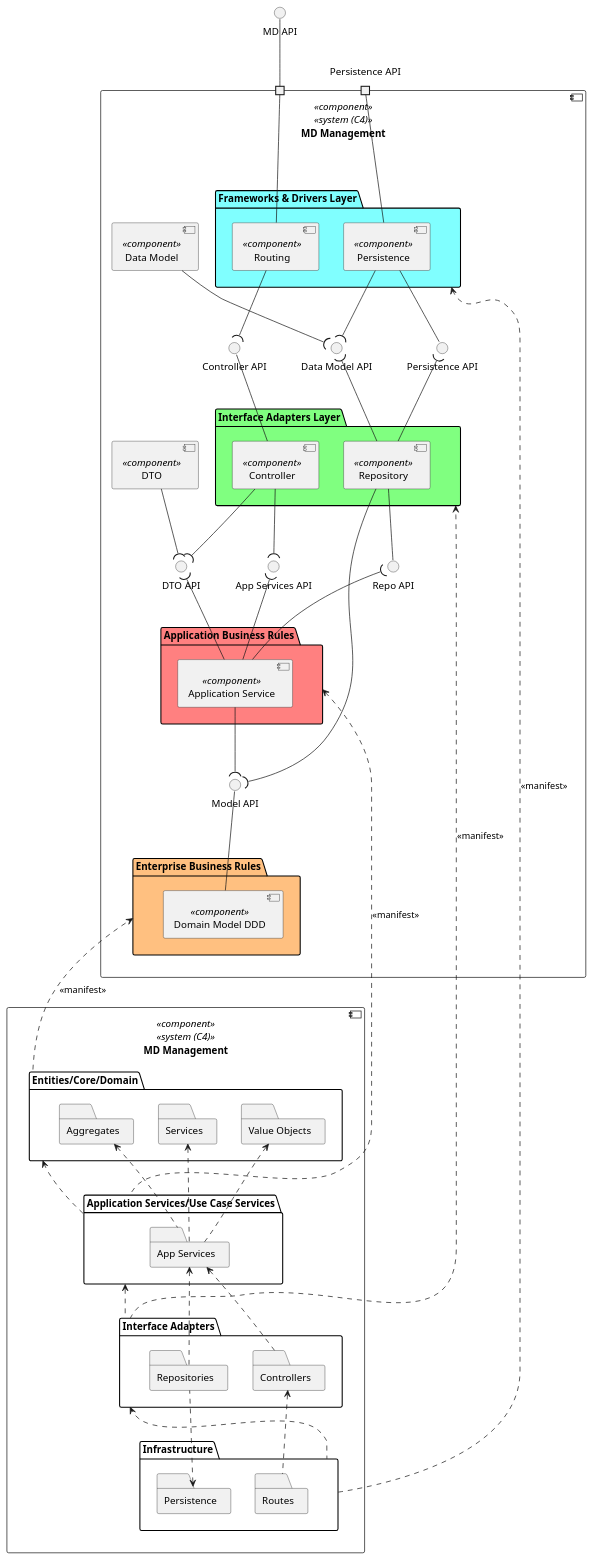
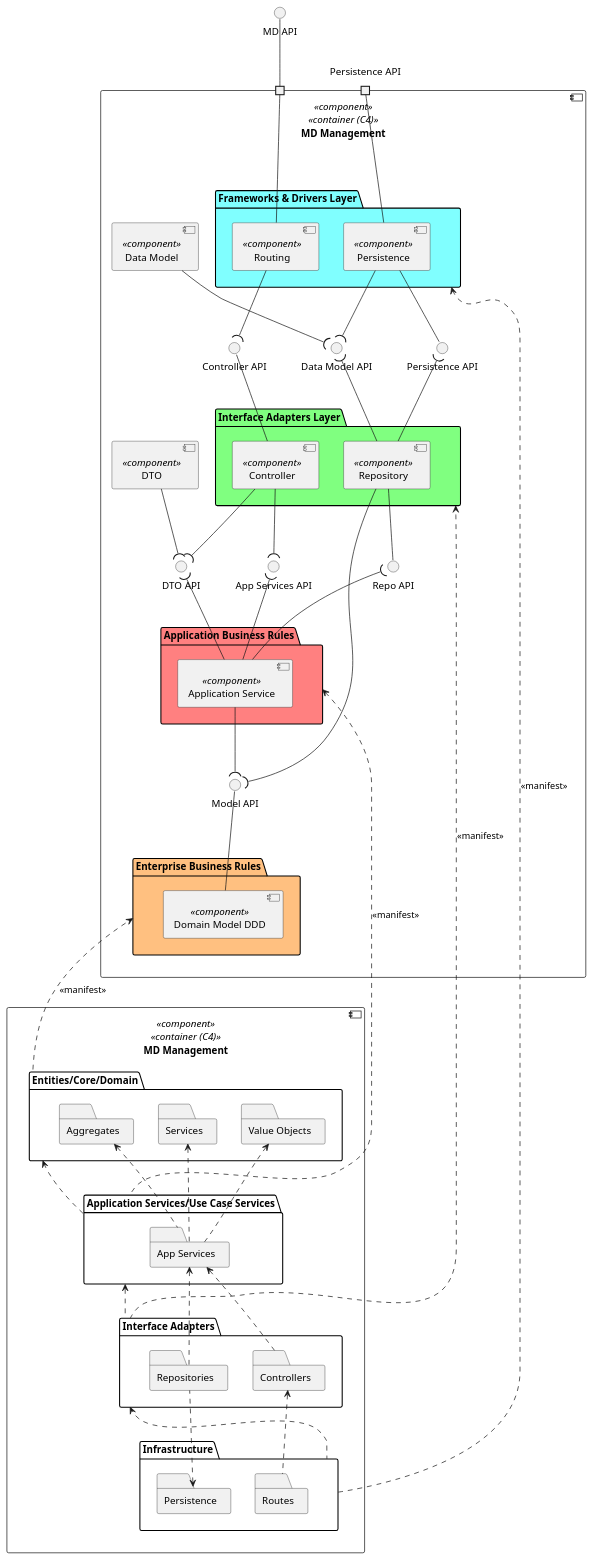
One commit to miseEnPlace-dev/lapr5 changed the diagram in _wiki/views/mapping/level-3/lv-iv.puml. Above: the diagram before and after it, drawn with PlantUML. The commit also changed 1 other file, not shown here.

```diff
--- a/_wiki/views/mapping/level-3/lv-iv.puml
+++ b/_wiki/views/mapping/level-3/lv-iv.puml
@@ -1,116 +1,116 @@
 @startuml lv-iv
 
 interface "MD API" as API
 
-component "MD Management" as MDM <<component>> <<system (C4)>> {
+component "MD Management" as MDM <<component>> <<container (C4)>> {
   portin " " as P1
   portin "Persistence API" as P2
 
   Interface "Controller API" as CTRL_API
   Interface "Data Model API" as DATA_API
 
 
   folder "Frameworks & Drivers Layer" as FDL #80FFFF {
     component "Routing" as ROUTE <<component>> {
     }
     component "Persistence" as PERSISTENCE <<component>> {
     }
   }
 
   component "Data Model" as DATA <<component>> {
   }
   component "DTO" as DTO <<component>> {
   }
 
   Interface "App Services API" AS SRV_API
   Interface "DTO API" AS DTO_API
   Interface "Repo API" AS REPO_API
   Interface "Model API" AS MODEL_API
   Interface "Persistence API" AS PERSISTENCE_API
 
   folder "Interface Adapters Layer" as IAL #80FF80 {
     component "Controller" as CTRL <<component>> {
     }
     component "Repository" as REPO <<component>> {
     }
   }
 
   folder "Application Business Rules" as ABR #FF8080 {
     component "Application Service" as SRV <<component>> {
     }
   }
 
   folder "Enterprise Business Rules" as EBR #FFC080 {
     component "Domain Model DDD" as MODEL <<component>> {
     }
   }
 }
 
 API -- P1
 
 ROUTE --- P1
 PERSISTENCE -- P2
 
 ROUTE --( CTRL_API
 CTRL -up- CTRL_API
 PERSISTENCE -- PERSISTENCE_API
 REPO -up-( PERSISTENCE_API 
 PERSISTENCE --( DATA_API 
 REPO -up-( DATA_API 
 DATA --( DATA_API 
 
 CTRL --( SRV_API
 SRV -up-( SRV_API
 SRV -up-( DTO_API
 CTRL --( DTO_API
 DTO --( DTO_API
 
 REPO -- REPO_API
 SRV -up-( REPO_API 
 
 SRV --( MODEL_API 
 REPO --( MODEL_API 
 MODEL -up- MODEL_API 
 
 ' ---------------------
 
-component "MD Management" as MDM2 <<component>> <<system (C4)>> {
+component "MD Management" as MDM2 <<component>> <<container (C4)>> {
   folder Infrastructure as I2 {
     folder Persistence as PERS2
     folder Routes as ROUTE2
   }
 
   folder "Interface Adapters" as IA2 {
     folder Controllers as CTRL2
     folder Repositories as REPO2
   }
 
   folder "Application Services/Use Case Services" as UC2 {
     folder "App Services" as APP2
   }
 
   folder "Entities/Core/Domain" as E2 {
     folder "Aggregates" as AGG2 
     folder "Value Objects" as VO2
     folder "Services" as SRV2
   }
 }
 
 ROUTE2 .up.> CTRL2
 REPO2 .up.> PERS2
 CTRL2 .up.> APP2
 REPO2 .up.> APP2
 APP2 .up.> AGG2
 APP2 .up.> VO2
 APP2 .up.> SRV2
 
 I2 .up.> IA2
 IA2 .up.> UC2
 UC2 .up.> E2
 
 I2 .up.> FDL : <<manifest>>
 IA2 .up.> IAL : <<manifest>>
 UC2 .up.> ABR : <<manifest>>
 E2 .up.> EBR : <<manifest>>
 
 @enduml
```
